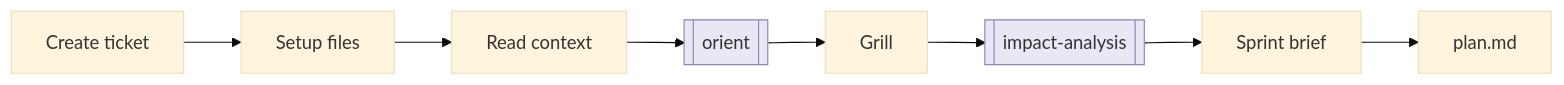
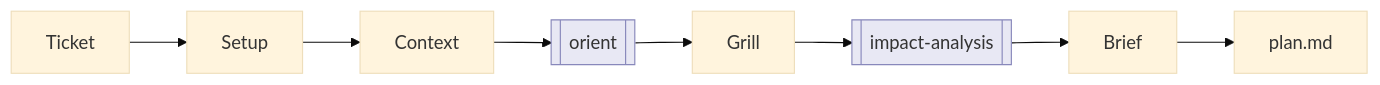
The first of 2 diagrams in README.md (sunitghub/canon-skills), drawn with Mermaid (base theme) before and after one commit.

Commit message:
docs: shorten sprint start node labels to fit diagram width

````diff
--- a/README.md
+++ b/README.md
@@ -72,6 +72,6 @@
 ```mermaid
 flowchart LR
-    S1[Create ticket] --> S2[Setup files] --> S3[Read context] --> S4[[orient]] --> S5[Grill] --> S6[[impact-analysis]] --> S7[Sprint brief] --> S9[plan.md]
+    S1[Ticket] --> S2[Setup] --> S3[Context] --> S4[[orient]] --> S5[Grill] --> S6[[impact-analysis]] --> S7[Brief] --> S9[plan.md]
     classDef subskill fill:#e8e8f4,stroke:#8888bb
     class S4,S6 subskill
 ```
````
